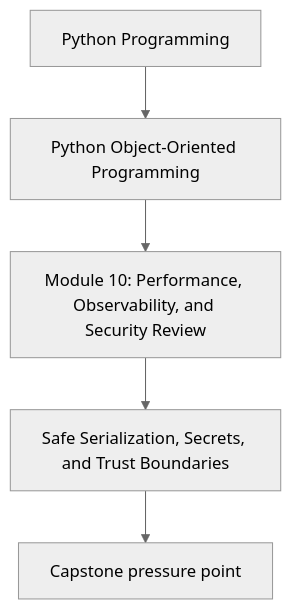
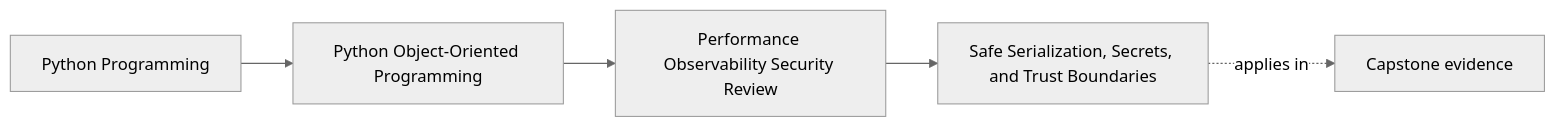
The first of 2 diagrams in programs/python-programming/python-object-oriented-programming/course-book/module-10-performance-observability-security-review/safe-serialization-secrets-and-trust-boundaries.md (bijux/bijux-masterclass), drawn with Mermaid (neutral theme) before and after one commit. The commit also changed other lines of this file and 103 other files, not shown here.

Commit message:
docs(python-object-oriented-programming): map sustainment and capstone surfaces

````diff
--- a/programs/python-programming/python-object-oriented-programming/course-book/module-10-performance-observability-security-review/safe-serialization-secrets-and-trust-boundaries.md
+++ b/programs/python-programming/python-object-oriented-programming/course-book/module-10-performance-observability-security-review/safe-serialization-secrets-and-trust-boundaries.md
@@ -7,7 +7,11 @@
 ```mermaid
-flowchart TD
-  family["Python Programming"] --> program["Python Object-Oriented Programming"]
-  program --> module["Module 10: Performance, Observability, and Security Review"]
-  module --> concept["Safe Serialization, Secrets, and Trust Boundaries"]
-  concept --> capstone["Capstone pressure point"]
+graph LR
+  family["Python Programming"]
+  program["Python Object-Oriented Programming"]
+  section["Performance Observability Security Review"]
+  page["Safe Serialization, Secrets, and Trust Boundaries"]
+  capstone["Capstone evidence"]
+
+  family --> program --> section --> page
+  page -.applies in.-> capstone
 ```
````
